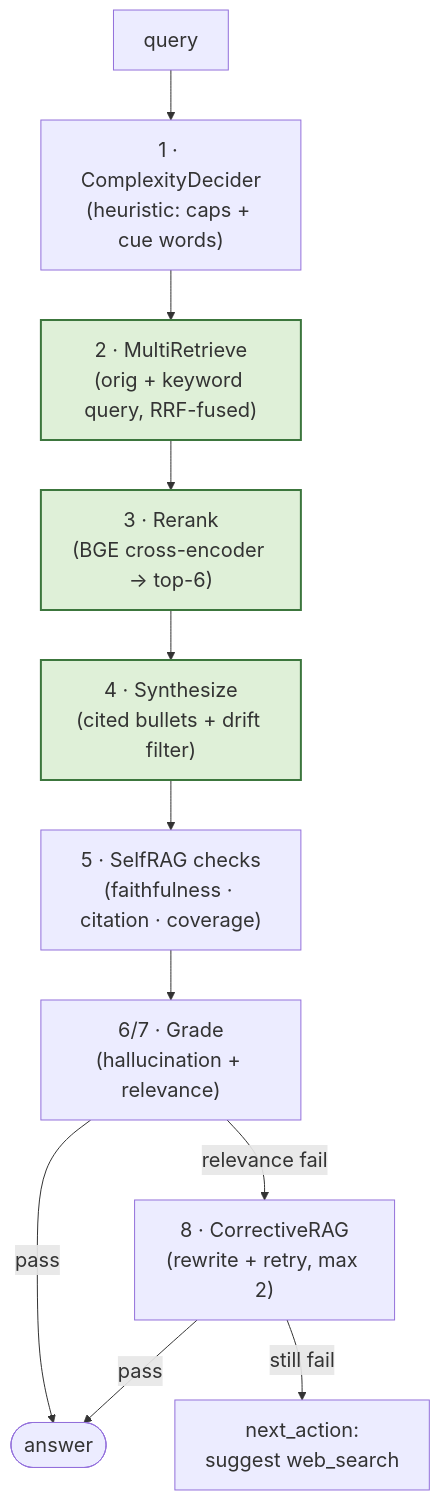
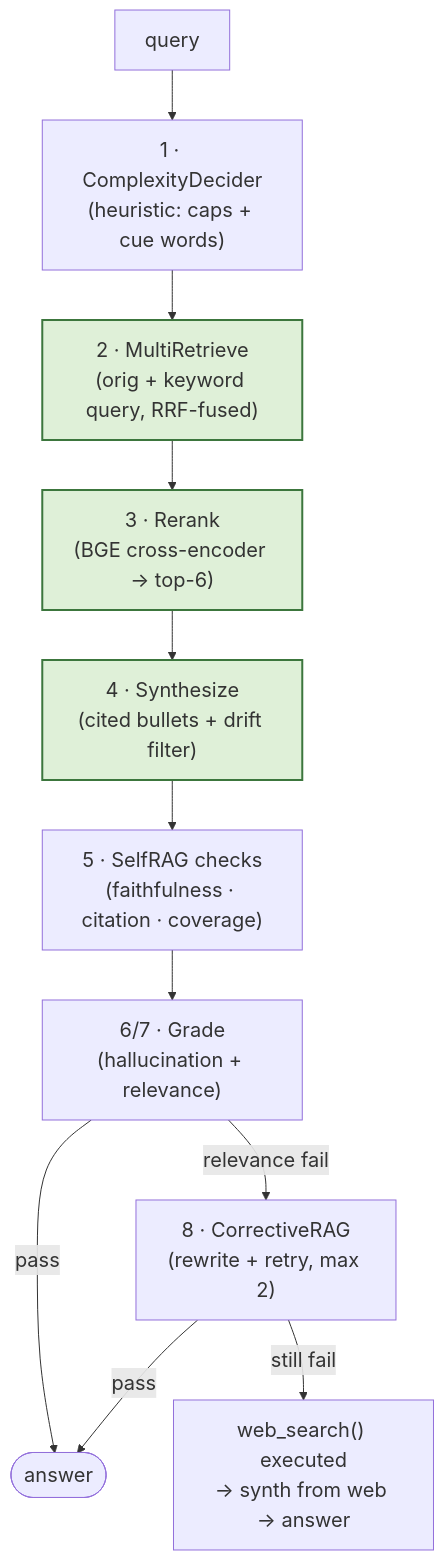
The ninth of 12 diagrams in Week 3.7 - Agentic RAG.md (shaneliuyx/agent-development-curriculum), drawn with Mermaid before and after one commit. The commit also changed other lines of this file, not shown here.

Commit message:
docs(W3.7): audit sync - baseline_handrolled web fallback now EXECUTES (code+diagrams+walkthrough); grade_relevance LLM/canonical

````diff
--- a/Week 3.7 - Agentic RAG.md
+++ b/Week 3.7 - Agentic RAG.md
@@ -1024,16 +1024,16 @@
 ```mermaid
 %%{init: {'theme':'default', 'themeVariables': {'fontSize':'20px'}}}%%
 flowchart TD
   Q[query] --> CD["1 · ComplexityDecider<br/>(heuristic: caps + cue words)"]
   CD --> MR["2 · MultiRetrieve<br/>(orig + keyword query, RRF-fused)"]
   MR --> RR["3 · Rerank<br/>(BGE cross-encoder → top-6)"]
   RR --> SY["4 · Synthesize<br/>(cited bullets + drift filter)"]
   SY --> SR["5 · SelfRAG checks<br/>(faithfulness · citation · coverage)"]
   SR --> GH["6/7 · Grade<br/>(hallucination + relevance)"]
   GH -->|"pass"| DONE([answer])
   GH -->|"relevance fail"| CR["8 · CorrectiveRAG<br/>(rewrite + retry, max 2)"]
   CR -->|"pass"| DONE
-  CR -->|"still fail"| WS["next_action:<br/>suggest web_search"]
+  CR -->|"still fail"| WS["web_search() executed<br/>→ synth from web → answer"]
   classDef slice fill:#dff0d8,stroke:#3c763d,stroke-width:2px;
   class MR,RR,SY slice;
 ```
````
